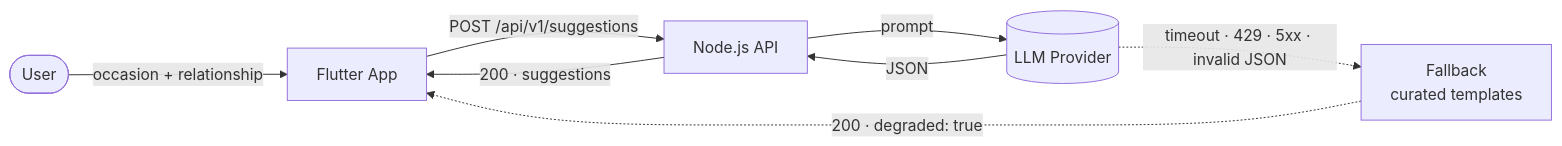
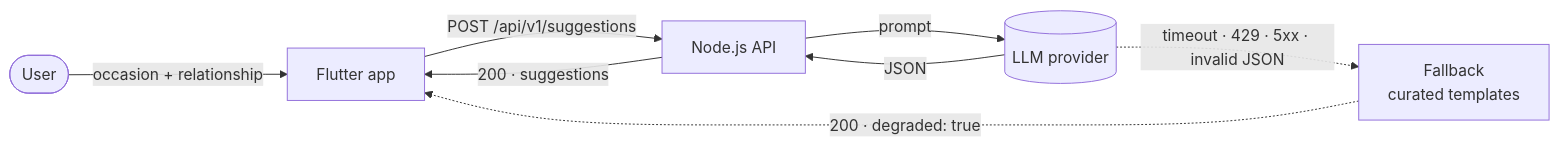
Before and after one commit to smash-gift/fullstack-dev-test: the first of 2 diagrams in README.md, drawn with Mermaid. The commit also changed other lines of this file and 34 other files, not shown here.

````diff
--- a/README.md
+++ b/README.md
@@ -22,11 +8,11 @@
 ```mermaid
 flowchart LR
-    U([User]) -->|occasion + relationship| APP[Flutter App]
+    U([User]) -->|occasion + relationship| APP[Flutter app]
     APP -->|POST /api/v1/suggestions| API[Node.js API]
-    API -->|prompt| LLM[(LLM Provider)]
+    API -->|prompt| LLM[(LLM provider)]
     LLM -->|JSON| API
     API -->|200 · suggestions| APP
 
     LLM -.->|timeout · 429 · 5xx · invalid JSON| FB[Fallback<br/>curated templates]
     FB -.->|200 · degraded: true| APP
 ```
````
